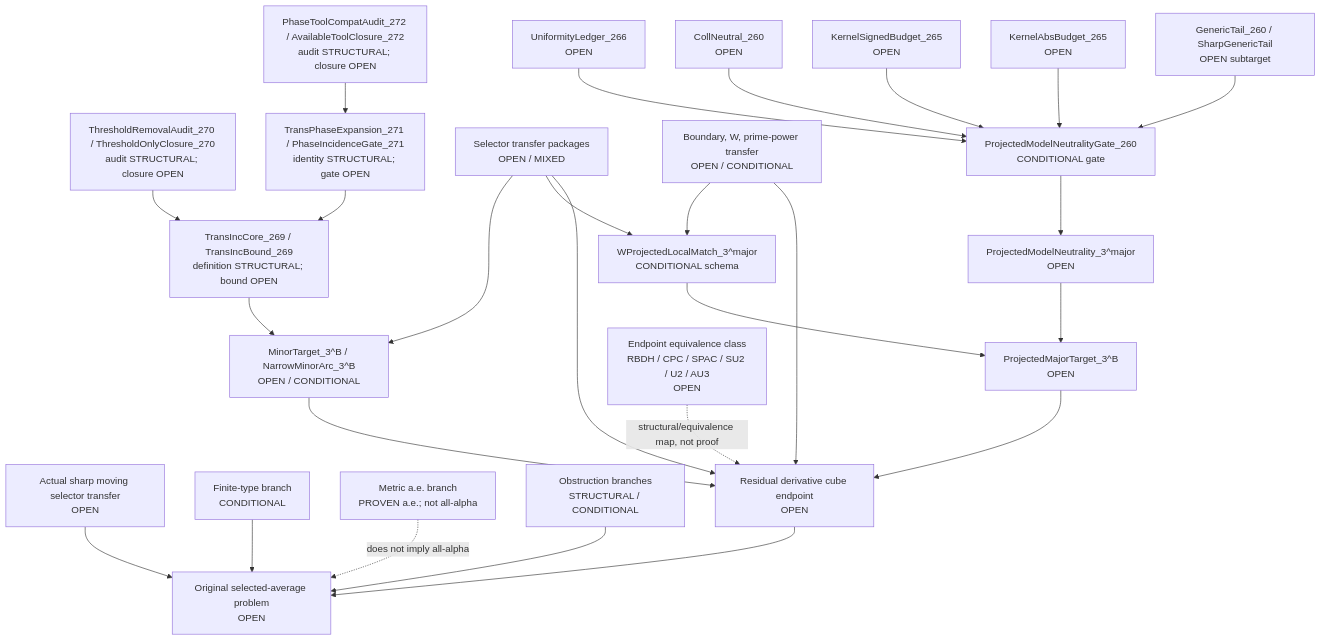
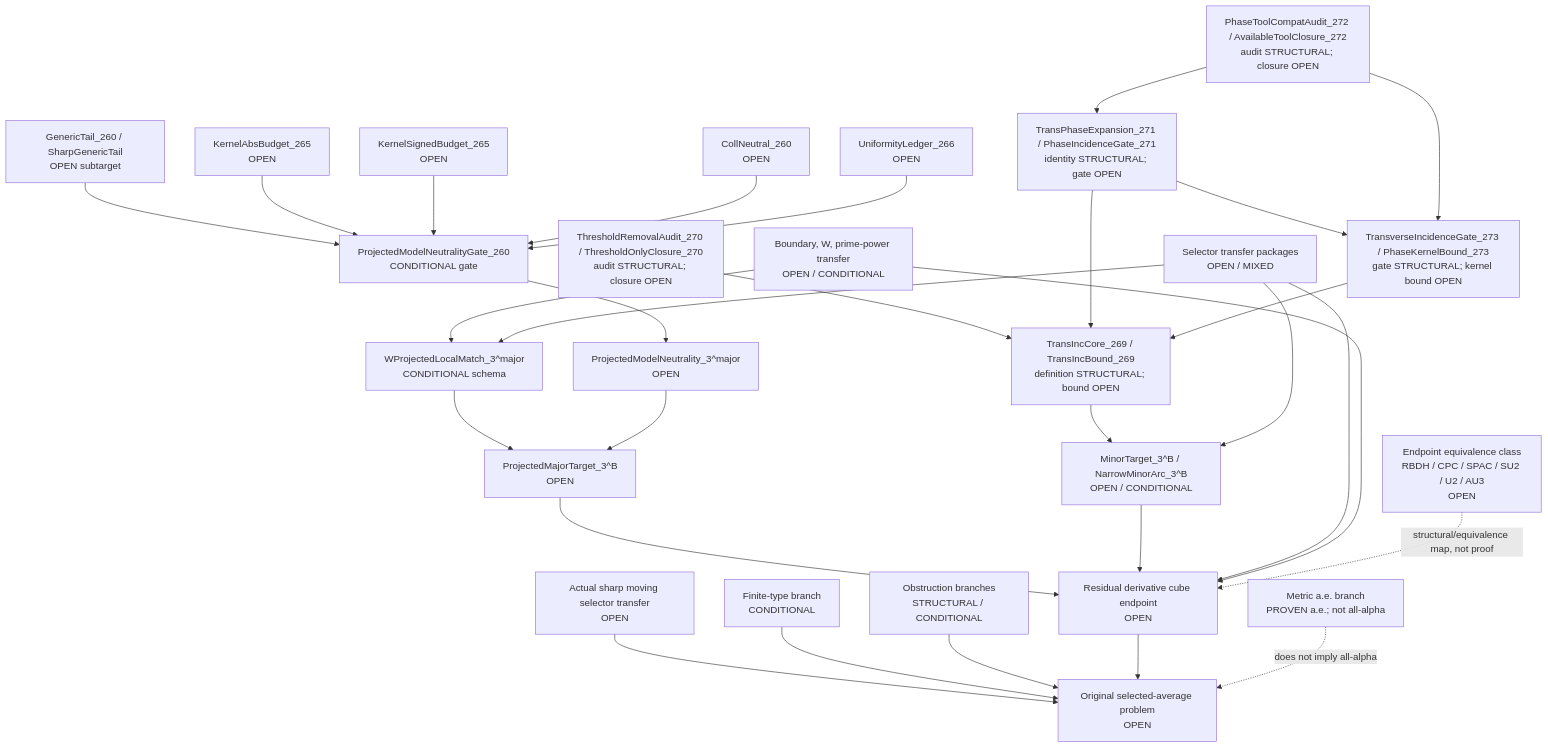
One commit to flaritycat/PrimeResonanceGap changed the diagram in docs/modules/dependency_graph.md. Above: the diagram before and after it, drawn with Mermaid. The commit also changed 9 other files, not shown here.

Commit message:
Add Module 273 transverse incidence gate

````diff
--- a/docs/modules/dependency_graph.md
+++ b/docs/modules/dependency_graph.md
@@ -7,59 +7,63 @@
 ```mermaid
 flowchart TD
   Original["Original selected-average problem<br/>OPEN"]
   SharpSel["Actual sharp moving selector transfer<br/>OPEN"]
   FiniteType["Finite-type branch<br/>CONDITIONAL"]
   Metric["Metric a.e. branch<br/>PROVEN a.e.; not all-alpha"]
   Obstruction["Obstruction branches<br/>STRUCTURAL / CONDITIONAL"]
 
   ResCube["Residual derivative cube endpoint<br/>OPEN"]
   MajorTarget["ProjectedMajorTarget_3^B<br/>OPEN"]
   MinorTarget["MinorTarget_3^B / NarrowMinorArc_3^B<br/>OPEN / CONDITIONAL"]
   TransInc["TransIncCore_269 / TransIncBound_269<br/>definition STRUCTURAL; bound OPEN"]
   ThresholdAudit["ThresholdRemovalAudit_270 / ThresholdOnlyClosure_270<br/>audit STRUCTURAL; closure OPEN"]
   PhaseExpansion["TransPhaseExpansion_271 / PhaseIncidenceGate_271<br/>identity STRUCTURAL; gate OPEN"]
   ToolCompat["PhaseToolCompatAudit_272 / AvailableToolClosure_272<br/>audit STRUCTURAL; closure OPEN"]
+  TransGate["TransverseIncidenceGate_273 / PhaseKernelBound_273<br/>gate STRUCTURAL; kernel bound OPEN"]
   SelectorTransfer["Selector transfer packages<br/>OPEN / MIXED"]
   BoundaryTransfer["Boundary, W, prime-power transfer<br/>OPEN / CONDITIONAL"]
 
   WLocal["WProjectedLocalMatch_3^major<br/>CONDITIONAL schema"]
   ModelNeutral["ProjectedModelNeutrality_3^major<br/>OPEN"]
   PMNGate["ProjectedModelNeutralityGate_260<br/>CONDITIONAL gate"]
   GenericTail["GenericTail_260 / SharpGenericTail<br/>OPEN subtarget"]
   KernelAbs["KernelAbsBudget_265<br/>OPEN"]
   KernelSigned["KernelSignedBudget_265<br/>OPEN"]
   CollNeutral["CollNeutral_260<br/>OPEN"]
   Uniformity["UniformityLedger_266<br/>OPEN"]
 
   EndpointClass["Endpoint equivalence class<br/>RBDH / CPC / SPAC / SU2 / U2 / AU3<br/>OPEN"]
 
   SharpSel --> Original
   FiniteType --> Original
   Obstruction --> Original
   ResCube --> Original
   Metric -. "does not imply all-alpha" .-> Original
 
   MajorTarget --> ResCube
   MinorTarget --> ResCube
   TransInc --> MinorTarget
   ThresholdAudit --> TransInc
   PhaseExpansion --> TransInc
   ToolCompat --> PhaseExpansion
+  TransGate --> TransInc
+  PhaseExpansion --> TransGate
+  ToolCompat --> TransGate
   SelectorTransfer --> ResCube
   BoundaryTransfer --> ResCube
   EndpointClass -. "structural/equivalence map, not proof" .-> ResCube
 
   WLocal --> MajorTarget
   ModelNeutral --> MajorTarget
 
   PMNGate --> ModelNeutral
   GenericTail --> PMNGate
   KernelAbs --> PMNGate
   KernelSigned --> PMNGate
   CollNeutral --> PMNGate
   Uniformity --> PMNGate
 
   BoundaryTransfer --> WLocal
   SelectorTransfer --> WLocal
   SelectorTransfer --> MinorTarget
 ```
````
